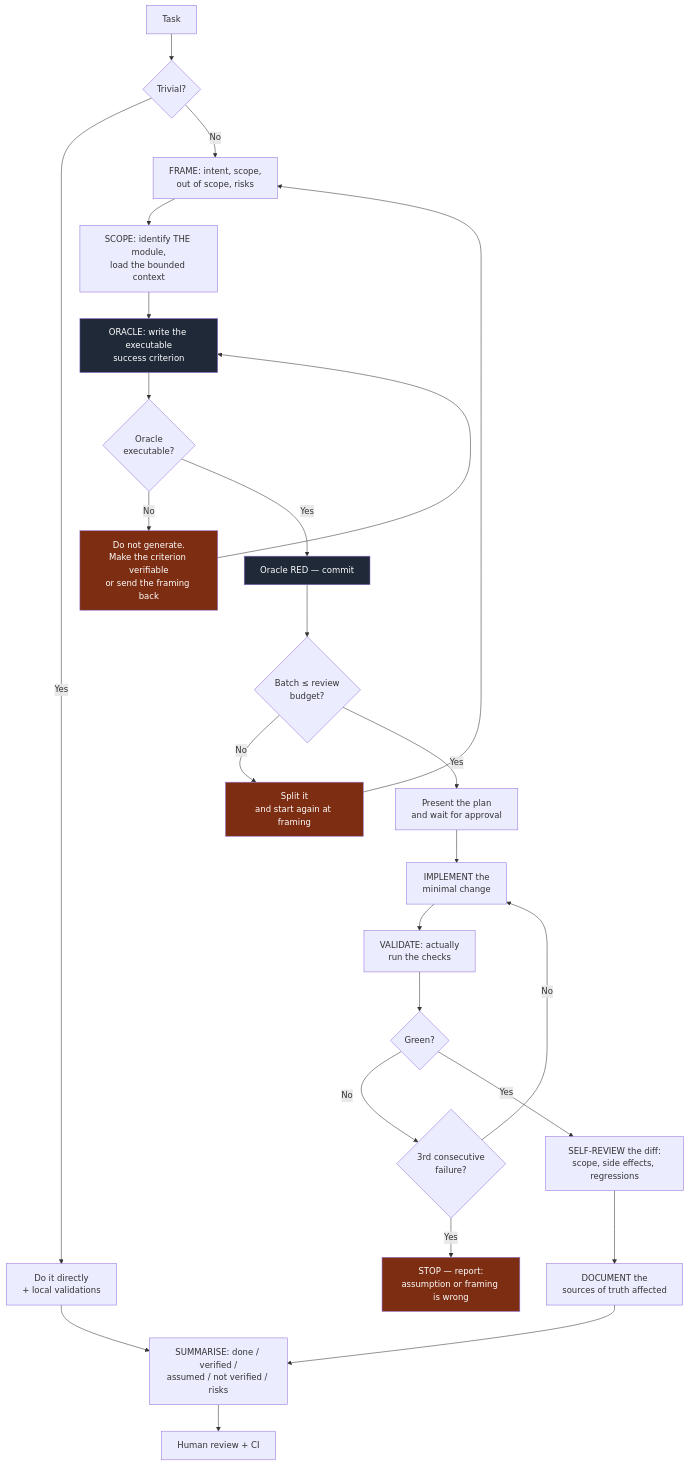
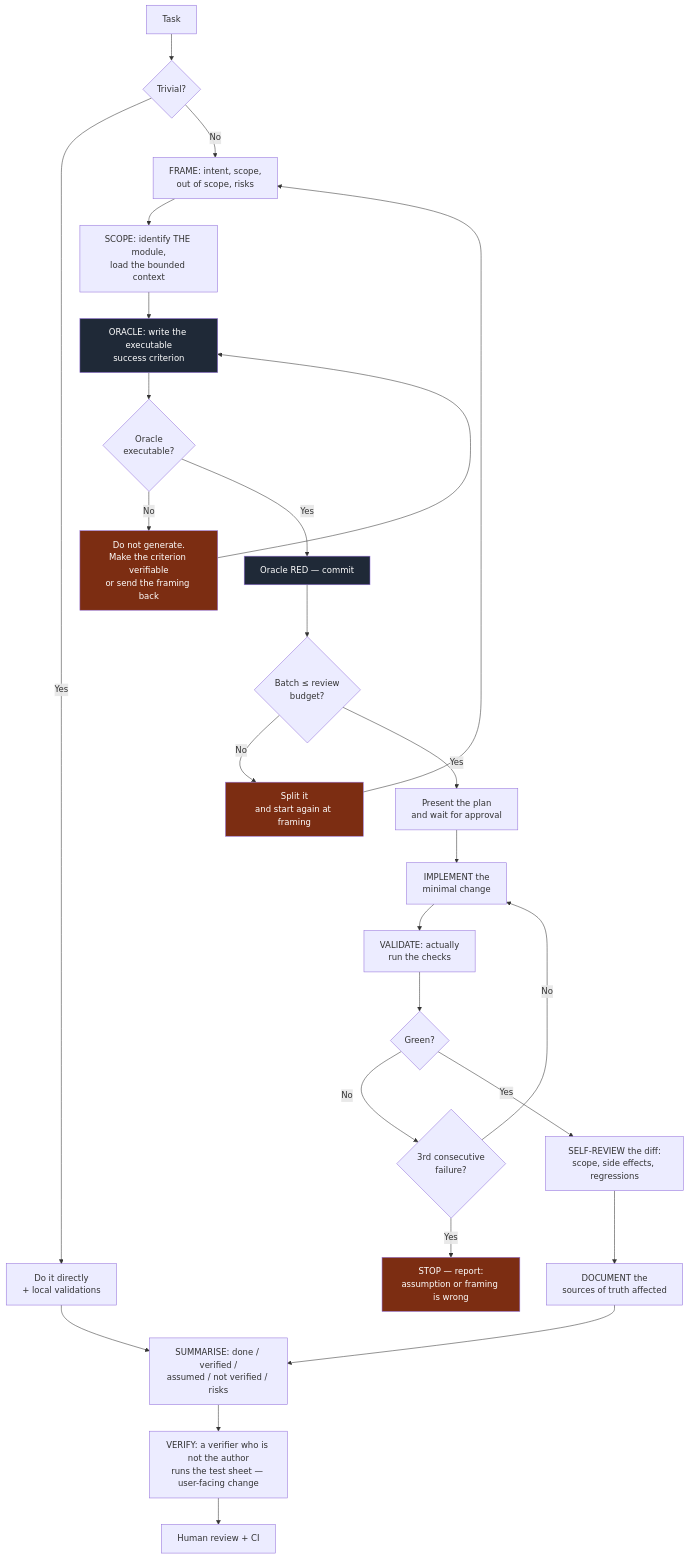
One commit to NapkinStack/engineering-os changed the first of 2 diagrams in skeleton/docs/os/05-workflow.md. Above: the diagram before and after it, drawn with Mermaid. The commit also changed other lines of this file and 12 other files, not shown here.

First line of the commit message:
M8c — Test sheet: the rules (#38)

````diff
--- a/skeleton/docs/os/05-workflow.md
+++ b/skeleton/docs/os/05-workflow.md
@@ -22,34 +22,35 @@
 ```mermaid
 flowchart TD
     A["Task"] --> B{"Trivial?"}
     B -->|Yes| B1["Do it directly<br/>+ local validations"] --> M
 
     B -->|No| C["FRAME: intent, scope,<br/>out of scope, risks"]
     C --> C2["SCOPE: identify THE module,<br/>load the bounded context"]
     C2 --> D["ORACLE: write the executable<br/>success criterion"]
     D --> E{"Oracle<br/>executable?"}
     E -->|No| E1["Do not generate.<br/>Make the criterion verifiable<br/>or send the framing back"] --> D
     E -->|Yes| F["Oracle RED — commit"]
 
     F --> G{"Batch ≤ review<br/>budget?"}
     G -->|No| G1["Split it<br/>and start again at framing"] --> C
     G -->|Yes| P["Present the plan<br/>and wait for approval"]
 
     P --> H["IMPLEMENT the<br/>minimal change"]
     H --> I["VALIDATE: actually<br/>run the checks"]
     I --> J{"Green?"}
     J -->|No| J1{"3rd consecutive<br/>failure?"}
     J1 -->|No| H
     J1 -->|Yes| J2["STOP — report:<br/>assumption or framing is wrong"]
     J -->|Yes| K["SELF-REVIEW the diff:<br/>scope, side effects, regressions"]
 
     K --> L["DOCUMENT the<br/>sources of truth affected"]
     L --> M["SUMMARISE: done / verified /<br/>assumed / not verified / risks"]
-    M --> N["Human review + CI"]
+    M --> V["VERIFY: a verifier who is not the author<br/>runs the test sheet — user-facing change"]
+    V --> N["Human review + CI"]
 
     style D fill:#1f2937,color:#fff
     style F fill:#1f2937,color:#fff
     style J2 fill:#7c2d12,color:#fff
     style G1 fill:#7c2d12,color:#fff
     style E1 fill:#7c2d12,color:#fff
 ```
````
